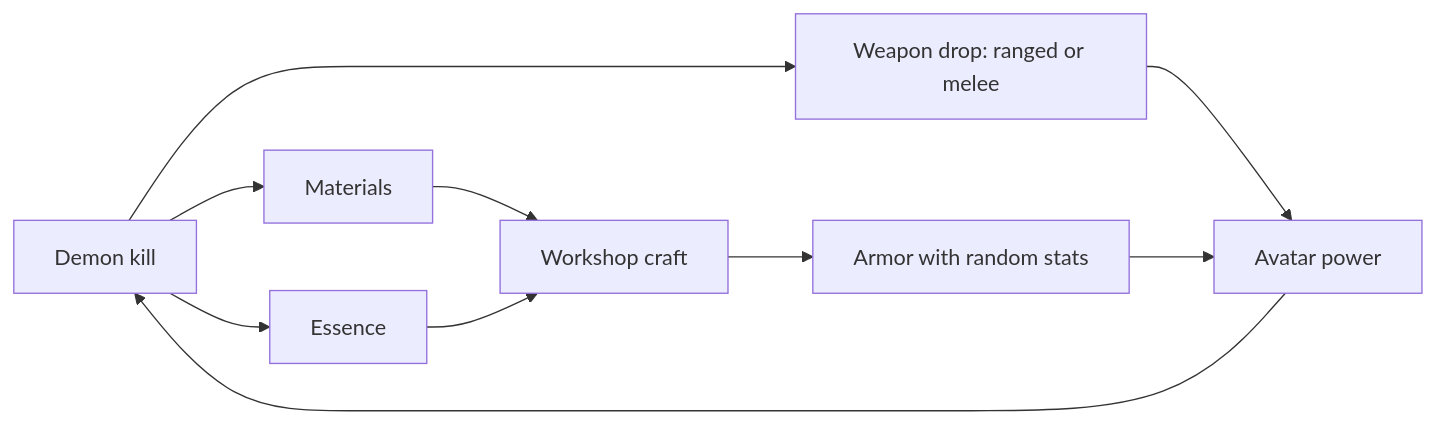
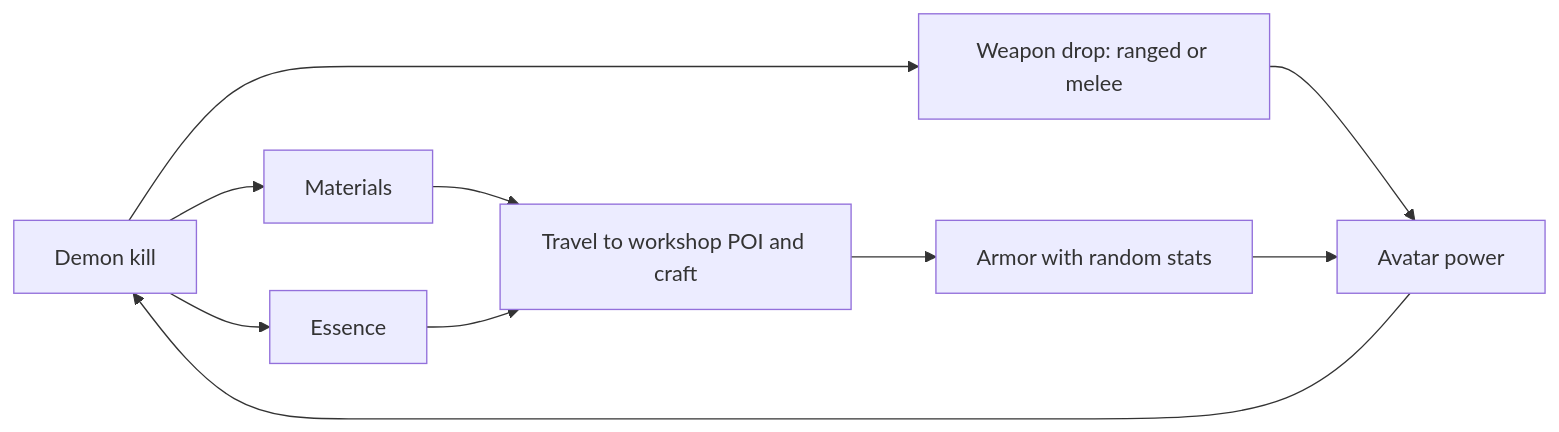
One commit to jhofer/ar-map-game changed the ninth of 16 diagrams in docs/GAME_DESIGN.md. Above: the diagram before and after it, drawn with Mermaid. The commit also changed other lines of this file, not shown here.

First line of the commit message:
Make workshops neutral POI world sites

````diff
--- a/docs/GAME_DESIGN.md
+++ b/docs/GAME_DESIGN.md
@@ -488,12 +507,12 @@
 ```mermaid
 flowchart LR
     D[Demon kill] --> W[Weapon drop: ranged or melee]
     D --> M[Materials]
     D --> E[Essence]
-    M --> C[Workshop craft]
+    M --> C[Travel to workshop POI and craft]
     E --> C
     C --> A[Armor with random stats]
     W --> P[Avatar power]
     A --> P
     P --> D
 ```
````
